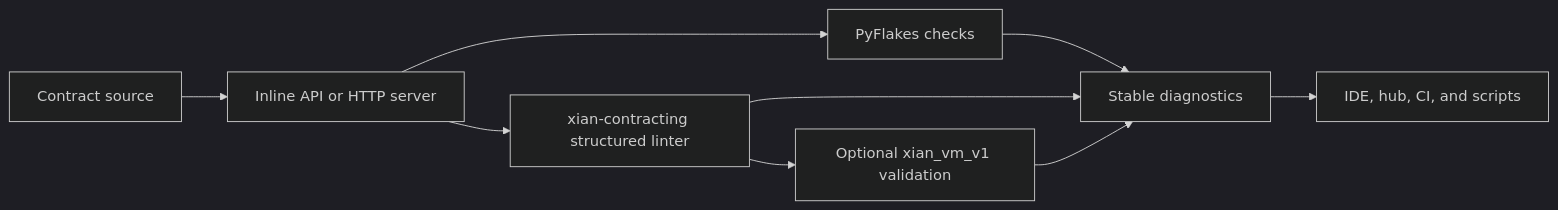
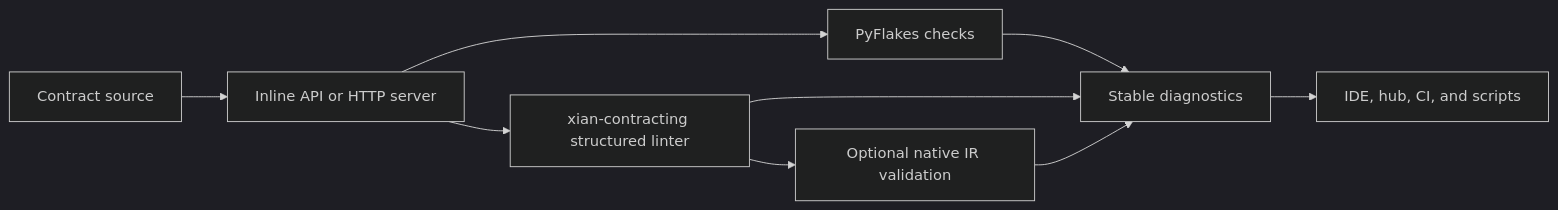
The diagram in README.md (xian-technology/xian-linter), drawn with Mermaid (dark theme) before and after one commit. The commit also changed other lines of this file and 8 other files, not shown here.

````diff
--- a/README.md
+++ b/README.md
@@ -15,11 +15,11 @@
 ```mermaid
 flowchart LR
   Source["Contract source"] --> API["Inline API or HTTP server"]
   API --> Pyflakes["PyFlakes checks"]
   API --> Contracting["xian-contracting structured linter"]
-  Contracting --> VM["Optional xian_vm_v1 validation"]
+  Contracting --> VM["Optional native IR validation"]
   Pyflakes --> Results["Stable diagnostics"]
   Contracting --> Results
   VM --> Results
   Results --> Tools["IDE, hub, CI, and scripts"]
 ```
````
